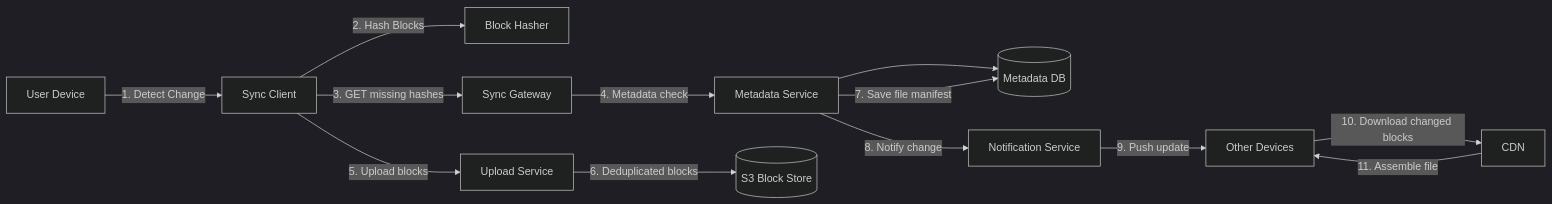
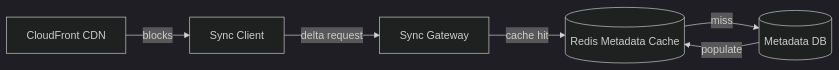
One commit to abhishekghoshh/system-design-helper changed the seventh of 12 diagrams in docs/system-design/high-level/designing/advanced/google-drive.md. Above: the diagram before and after it, drawn with Mermaid (dark theme). The commit also changed other lines of this file and 107 other files, not shown here.

````diff
--- a/docs/system-design/high-level/designing/advanced/google-drive.md
+++ b/docs/system-design/high-level/designing/advanced/google-drive.md
@@ -348,15 +1045,8 @@
 ```mermaid
-flowchart LR
-  User[User Device] -->|1. Detect Change| Client[Sync Client]
-  Client -->|2. Hash Blocks| Hasher[Block Hasher]
-  Client -->|3. GET missing hashes| SyncGW[Sync Gateway]
-  SyncGW -->|4. Metadata check| MetaSvc[Metadata Service]
-  MetaSvc --> MetaDB[(Metadata DB)]
-  Client -->|5. Upload blocks| UploadSvc[Upload Service]
-  UploadSvc -->|6. Deduplicated blocks| BlockStore[(S3 Block Store)]
-  MetaSvc -->|7. Save file manifest| MetaDB
-  MetaSvc -->|8. Notify change| NotifySvc[Notification Service]
-  NotifySvc -->|9. Push update| User2[Other Devices]
-  User2 -->|10. Download changed blocks| CDN[CDN]
-  CDN -->|11. Assemble file| User2
+graph LR
+    Client[Sync Client] -->|delta request| GW[Sync Gateway]
+    GW -->|cache hit| Cache[(Redis Metadata Cache)]
+    Cache -->|miss| MetaDB[(Metadata DB)]
+    MetaDB -->|populate| Cache
+    CDN[CloudFront CDN] -->|blocks| Client
 ```
````
